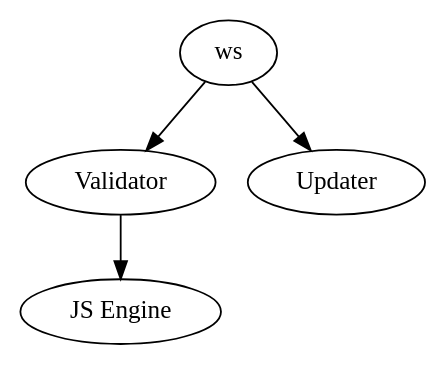
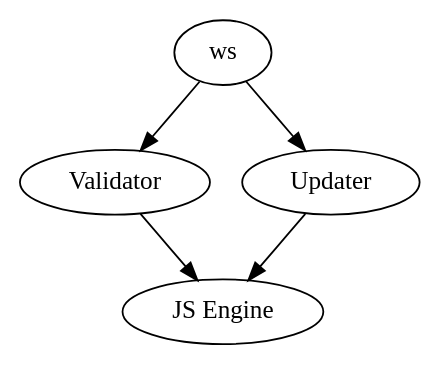
Before and after one commit to DBCDK/updateservice: the diagram in service/updateservice-ws/src/main/java/dk/dbc/updateservice/ws/doc-files/ejbs.dot, drawn with Graphviz. The commit also changed 7 other files, not shown here.

```diff
--- a/service/updateservice-ws/src/main/java/dk/dbc/updateservice/ws/doc-files/ejbs.dot
+++ b/service/updateservice-ws/src/main/java/dk/dbc/updateservice/ws/doc-files/ejbs.dot
@@ -1,5 +1,6 @@
 digraph EJBs {
     ws -> Validator
     ws -> Updater
     Validator -> "JS Engine"
+    Updater -> "JS Engine"
 }
```
